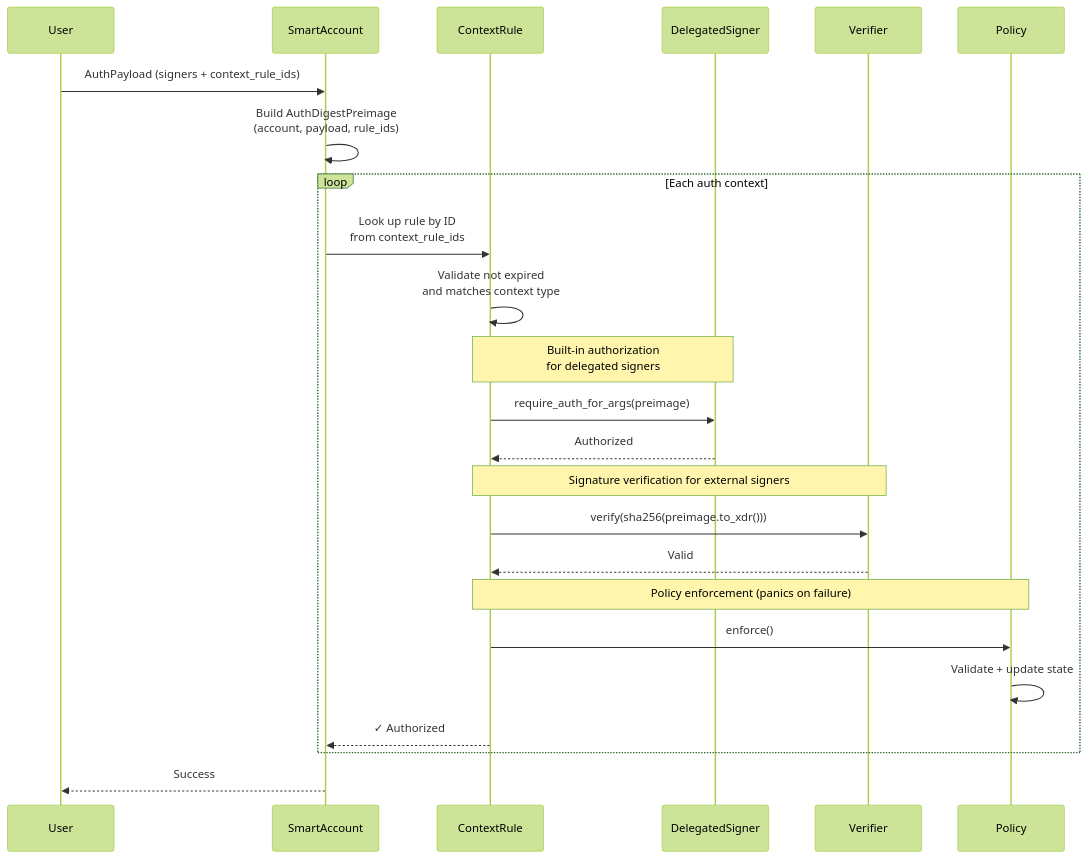
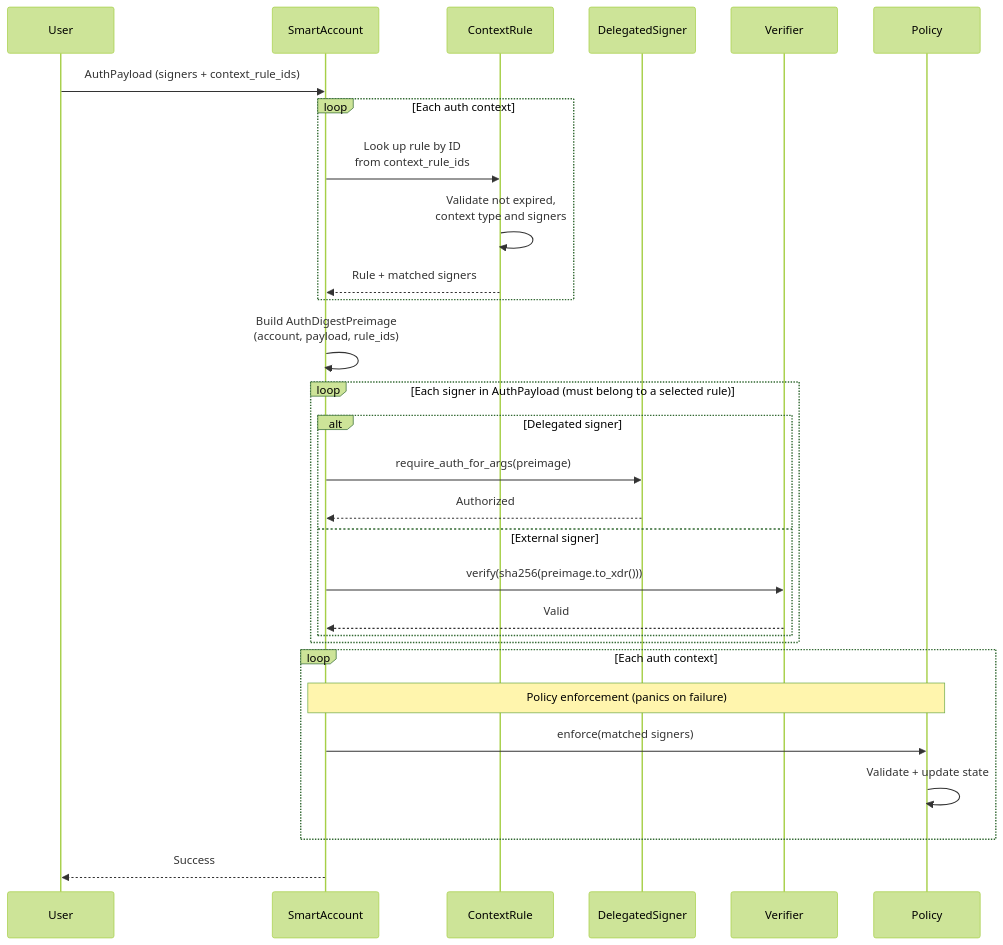
One commit to OpenZeppelin/docs changed the diagram in content/stellar-contracts/accounts/authorization-flow.mdx. Above: the diagram before and after it, drawn with Mermaid (forest theme). The commit also changed other lines of this file and 2 other files, not shown here.

Commit message:
Stellar: align smart account auth flow and WebAuthn challenge with v0.8

````diff
--- a/content/stellar-contracts/accounts/authorization-flow.mdx
+++ b/content/stellar-contracts/accounts/authorization-flow.mdx
@@ -49,33 +49,37 @@
 ```mermaid
 sequenceDiagram
     participant User
     participant SmartAccount
     participant ContextRule
     participant DelegatedSigner
     participant Verifier
     participant Policy
 
     User->>SmartAccount: AuthPayload (signers + context_rule_ids)
-    SmartAccount->>SmartAccount: Build AuthDigestPreimage<br/>(account, payload, rule_ids)
 
     loop Each auth context
         SmartAccount->>ContextRule: Look up rule by ID<br/>from context_rule_ids
-        ContextRule->>ContextRule: Validate not expired<br/>and matches context type
+        ContextRule->>ContextRule: Validate not expired,<br/>context type and signers
+        ContextRule-->>SmartAccount: Rule + matched signers
+    end
 
-        Note over ContextRule,DelegatedSigner: Built-in authorization <br/>for delegated signers
-        ContextRule->>DelegatedSigner: require_auth_for_args(preimage)
-        DelegatedSigner-->>ContextRule: Authorized
+    SmartAccount->>SmartAccount: Build AuthDigestPreimage<br/>(account, payload, rule_ids)
 
-        Note over ContextRule,Verifier: Signature verification for external signers
-        ContextRule->>Verifier: verify(sha256(preimage.to_xdr()))
-        Verifier-->>ContextRule: Valid
+    loop Each signer in AuthPayload (must belong to a selected rule)
+        alt Delegated signer
+            SmartAccount->>DelegatedSigner: require_auth_for_args(preimage)
+            DelegatedSigner-->>SmartAccount: Authorized
+        else External signer
+            SmartAccount->>Verifier: verify(sha256(preimage.to_xdr()))
+            Verifier-->>SmartAccount: Valid
+        end
+    end
 
-        Note over ContextRule,Policy: Policy enforcement (panics on failure)
-        ContextRule->>Policy: enforce()
+    loop Each auth context
+        Note over SmartAccount,Policy: Policy enforcement (panics on failure)
+        SmartAccount->>Policy: enforce(matched signers)
         Policy->>Policy: Validate + update state
-
-        ContextRule-->>SmartAccount: ✓ Authorized
     end
 
     SmartAccount-->>User: Success
 ```
````
